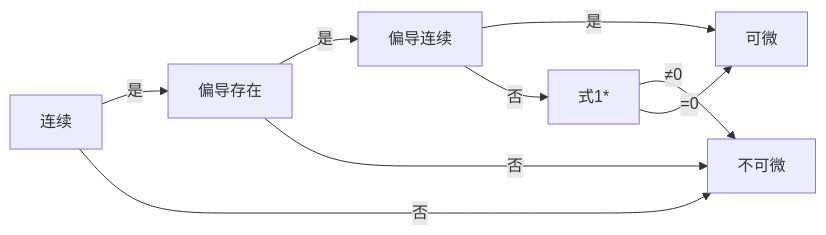
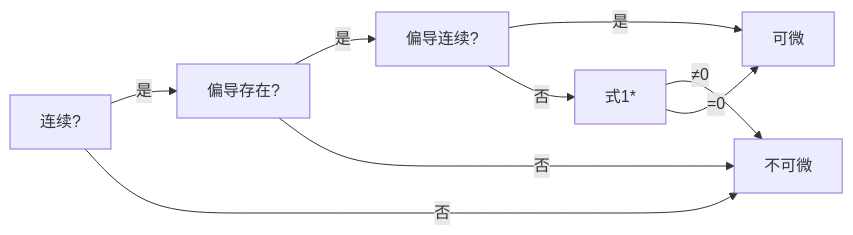
The diagram in notes/8.3 全微分.md (jasonren0403/advanced-math-note), drawn with Mermaid before and after one commit.

````diff
--- a/notes/8.3 全微分.md
+++ b/notes/8.3 全微分.md
@@ -104,8 +104,8 @@
 ```mermaid
 graph LR
-  连续-->|是|偏导存在-->|是|偏导连续-->|是|可微
-  偏导存在-->|否|不可微
-  连续-->|否|不可微
-  偏导连续-->|否|式1*-->|"≠0"|不可微
-  式1*-->|"=0"|可微
+A["连续?"]-->|是|B["偏导存在?"]-->|是|C["偏导连续?"]-->|是|D[可微]
+B["偏导存在?"]-->|否|F[不可微]
+A["连续?"]-->|否|F[不可微]
+C["偏导连续?"]-->|否|式1*-->|"≠0"|F[不可微]
+式1*-->|"=0"|D[可微]
 ```
````
